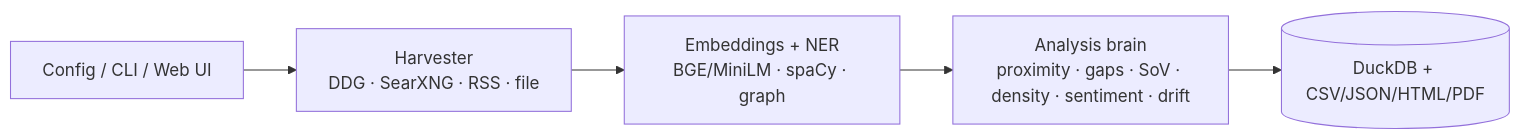
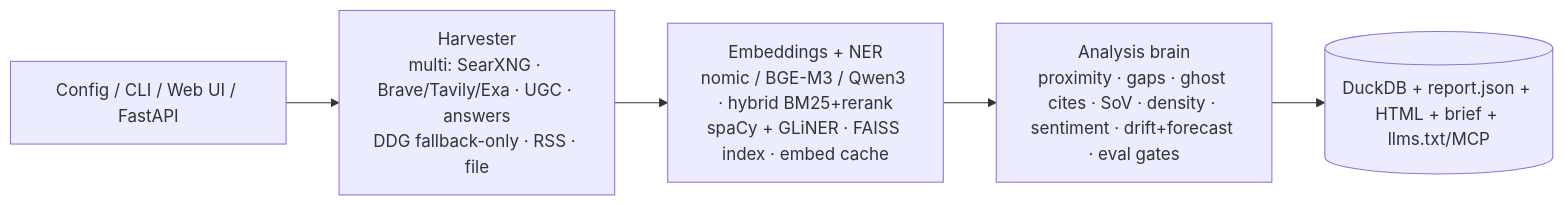
Before and after one commit to dipakjad1993/RAG-Corpus-Entity-Vector-Distance-Auditor: the diagram in README.md, drawn with Mermaid. The commit also changed other lines of this file and 55 other files, not shown here.

First line of the commit message:
release: v2.0.0 enterprise GEO - answers harvester, UGC, hybrid retrieval, eval gates, FastAPI, llms.txt/MCP

````diff
--- a/README.md
+++ b/README.md
@@ -61,7 +119,7 @@
 ```mermaid
 flowchart LR
-    CFG[Config / CLI / Web UI] --> H[Harvester<br/>DDG · SearXNG · RSS · file]
-    H --> NLP[Embeddings + NER<br/>BGE/MiniLM · spaCy · graph]
-    NLP --> BRAIN[Analysis brain<br/>proximity · gaps · SoV · density · sentiment · drift]
-    BRAIN --> OUT[(DuckDB + CSV/JSON/HTML/PDF)]
+    CFG[Config / CLI / Web UI / FastAPI] --> H[Harvester<br/>multi: SearXNG · Brave/Tavily/Exa · UGC · answers<br/>DDG fallback-only · RSS · file]
+    H --> NLP[Embeddings + NER<br/>nomic / BGE-M3 / Qwen3 · hybrid BM25+rerank<br/>spaCy + GLiNER · FAISS index · embed cache]
+    NLP --> BRAIN[Analysis brain<br/>proximity · gaps · ghost cites · SoV · density · sentiment · drift+forecast · eval gates]
+    BRAIN --> OUT[(DuckDB + report.json + HTML + brief + llms.txt/MCP)]
 ```
````
